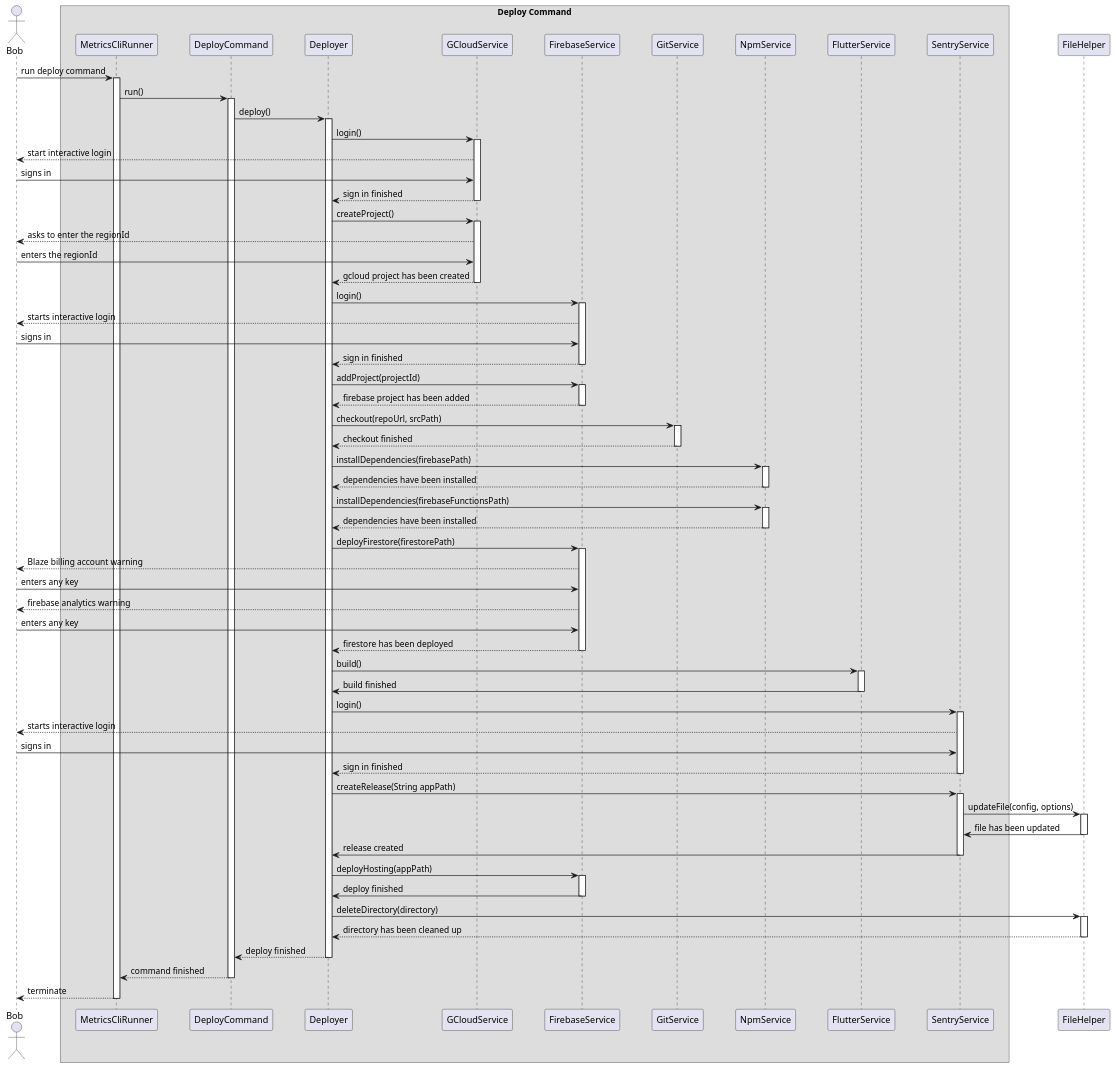
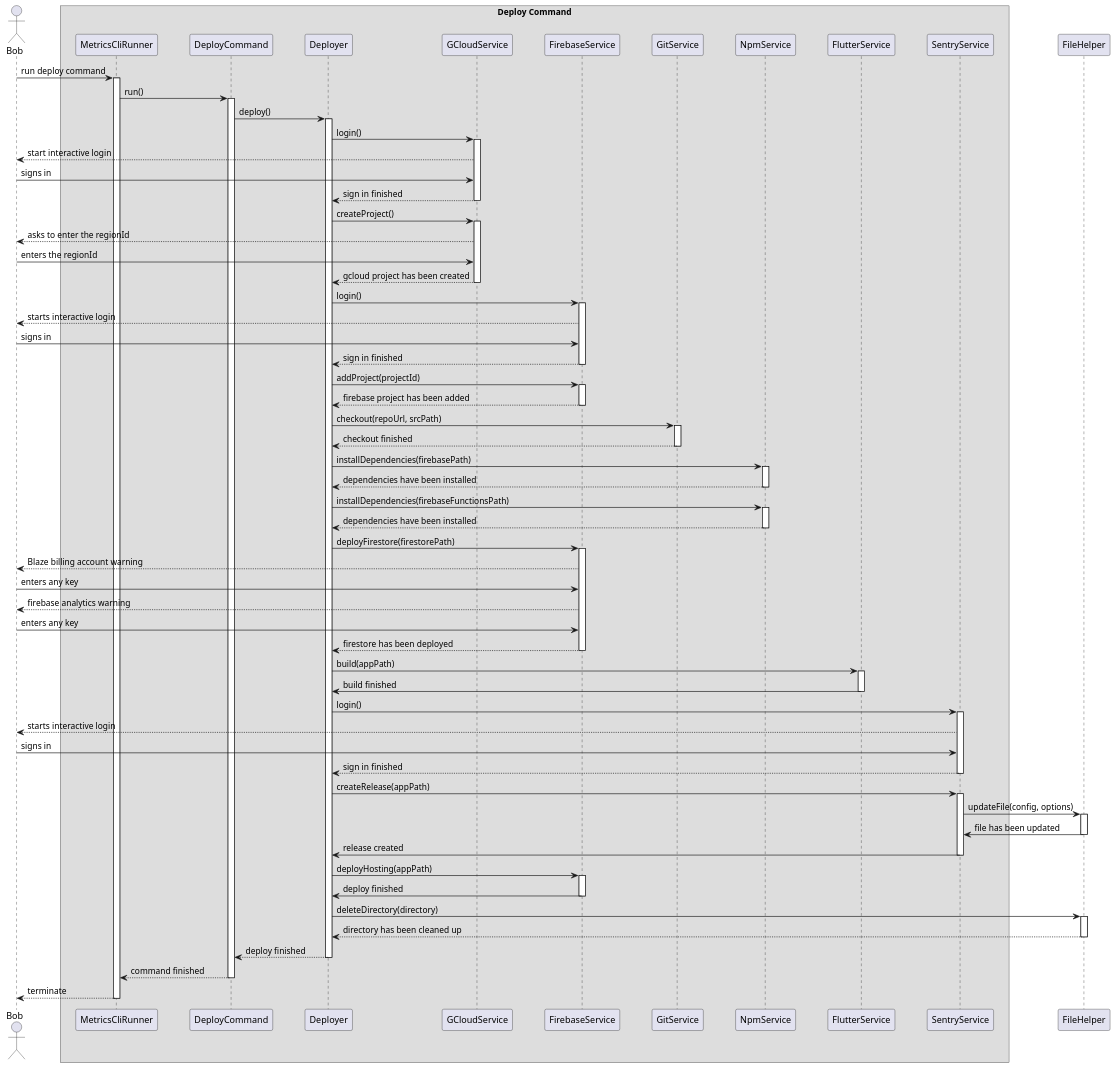
The diagram in metrics/cli/docs/diagrams/deploy_command_sequence_diagram.puml (Flank/flank-dashboard), drawn with PlantUML before and after one commit. The commit also changed 3 other files, not shown here.

```diff
--- a/metrics/cli/docs/diagrams/deploy_command_sequence_diagram.puml
+++ b/metrics/cli/docs/diagrams/deploy_command_sequence_diagram.puml
@@ -1,93 +1,93 @@
 @startuml deploy_command_sequence_diagram
 
 scale 1900 height
 
 skinparam ParticipantPadding 20
 skinparam BoxPadding 10
 
 actor Bob
 
 box Deploy Command
 participant MetricsCliRunner
 participant DeployCommand
 participant Deployer
 participant GCloudService
 participant FirebaseService
 participant GitService
 participant NpmService
 participant FlutterService
 participant SentryService
 end box
 
 
 participant FileHelper
 
 Bob -> MetricsCliRunner ++ : run deploy command
 MetricsCliRunner -> DeployCommand ++ : run()
 DeployCommand -> Deployer ++ : deploy()
 Deployer -> GCloudService ++ : login()
 
 GCloudService --> Bob : start interactive login
 Bob -> GCloudService : signs in
 GCloudService --> Deployer -- : sign in finished
 
 Deployer -> GCloudService ++ : createProject()
 
 GCloudService --> Bob : asks to enter the regionId
 Bob -> GCloudService : enters the regionId
 
 GCloudService --> Deployer -- : gcloud project has been created
 
 Deployer -> FirebaseService ++ : login()
 FirebaseService --> Bob : starts interactive login
 Bob -> FirebaseService : signs in
 FirebaseService --> Deployer -- : sign in finished
 
 Deployer -> FirebaseService ++ : addProject(projectId)
 
 FirebaseService --> Deployer -- : firebase project has been added
 
 Deployer -> GitService ++ : checkout(repoUrl, srcPath)
 GitService --> Deployer -- : checkout finished
 
 
 Deployer -> NpmService ++ : installDependencies(firebasePath)
 NpmService --> Deployer -- : dependencies have been installed
 
 Deployer -> NpmService ++ : installDependencies(firebaseFunctionsPath)
 NpmService --> Deployer --: dependencies have been installed
 
 Deployer -> FirebaseService ++ : deployFirestore(firestorePath)
 
 FirebaseService --> Bob : Blaze billing account warning
 Bob -> FirebaseService : enters any key
 
 FirebaseService --> Bob : firebase analytics warning
 Bob -> FirebaseService : enters any key
 
 FirebaseService --> Deployer -- : firestore has been deployed
 
 
-Deployer -> FlutterService ++ : build()
+Deployer -> FlutterService ++ : build(appPath)
 FlutterService -> Deployer -- : build finished
 
 Deployer -> SentryService ++ : login()
 SentryService --> Bob : starts interactive login
 Bob -> SentryService : signs in
 SentryService --> Deployer -- : sign in finished
 
-Deployer -> SentryService ++ : createRelease(String appPath)
+Deployer -> SentryService ++ : createRelease(appPath)
 SentryService -> FileHelper ++ : updateFile(config, options)
 FileHelper -> SentryService -- : file has been updated
 SentryService -> Deployer -- : release created
 
 Deployer -> FirebaseService ++ : deployHosting(appPath)
 FirebaseService -> Deployer -- : deploy finished
 
 Deployer -> FileHelper ++: deleteDirectory(directory)
 FileHelper --> Deployer --: directory has been cleaned up
 Deployer --> DeployCommand --: deploy finished
 DeployCommand --> MetricsCliRunner --: command finished
 MetricsCliRunner --> Bob -- : terminate
 
 @enduml
```
